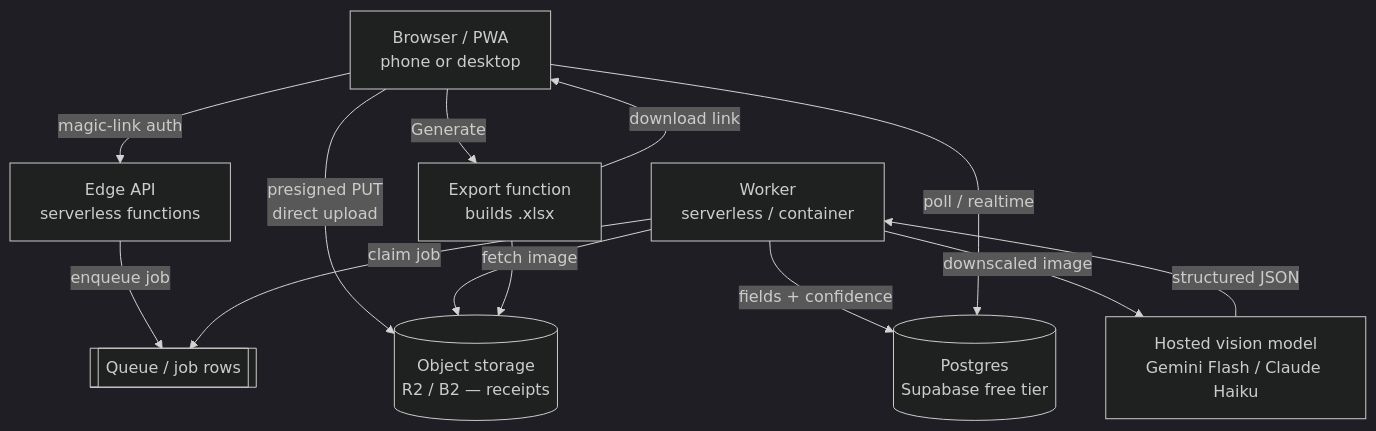
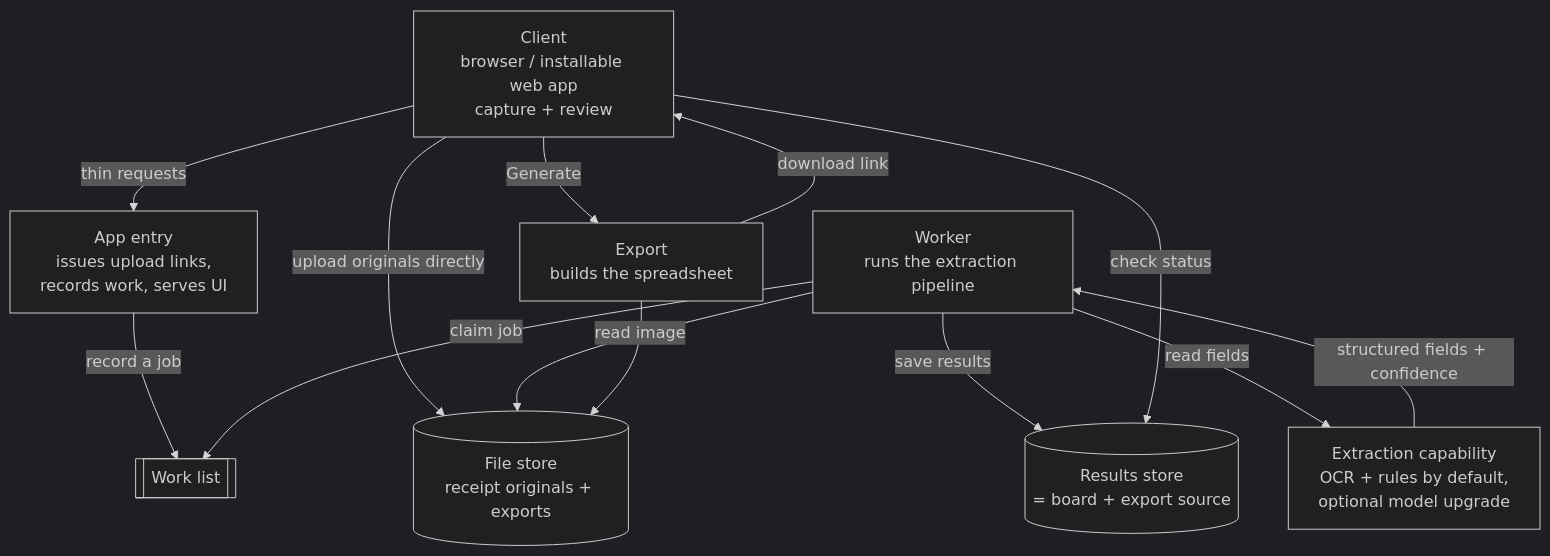
Before and after one commit to duedev/Reimbursements: the diagram in DESIGN_FROM_SCRATCH.md, drawn with Mermaid (dark theme). The commit also changed other lines of this file and 1 other file, not shown here.

````diff
--- a/DESIGN_FROM_SCRATCH.md
+++ b/DESIGN_FROM_SCRATCH.md
@@ -69,15 +102,15 @@
 ```mermaid
 flowchart TD
-    U[Browser / PWA<br/>phone or desktop] -->|magic-link auth| API[Edge API<br/>serverless functions]
-    U -->|presigned PUT<br/>direct upload| OBJ[(Object storage<br/>R2 / B2 — receipts)]
-    API -->|enqueue job| Q[[Queue / job rows]]
-    W[Worker<br/>serverless / container] -->|claim job| Q
-    W -->|fetch image| OBJ
-    W -->|downscaled image| LLM[Hosted vision model<br/>Gemini Flash / Claude Haiku]
-    LLM -->|structured JSON| W
-    W -->|fields + confidence| DB[(Postgres<br/>Supabase free tier)]
-    U -->|poll / realtime| DB
-    U -->|Generate| XL[Export function<br/>builds .xlsx]
-    XL --> OBJ
-    XL -->|download link| U
+    U[Client<br/>browser / installable web app<br/>capture + review] -->|thin requests| API[App entry<br/>issues upload links,<br/>records work, serves UI]
+    U -->|upload originals directly| OBJ[(File store<br/>receipt originals + exports)]
+    API -->|record a job| JOBS[[Work list]]
+    WK[Worker<br/>runs the extraction pipeline] -->|claim job| JOBS
+    WK -->|read image| OBJ
+    WK -->|read fields| EXT[Extraction capability<br/>OCR + rules by default,<br/>optional model upgrade]
+    EXT -->|structured fields + confidence| WK
+    WK -->|save results| DB[(Results store<br/>= board + export source)]
+    U -->|check status| DB
+    U -->|Generate| XP[Export<br/>builds the spreadsheet]
+    XP --> OBJ
+    XP -->|download link| U
 ```
````
